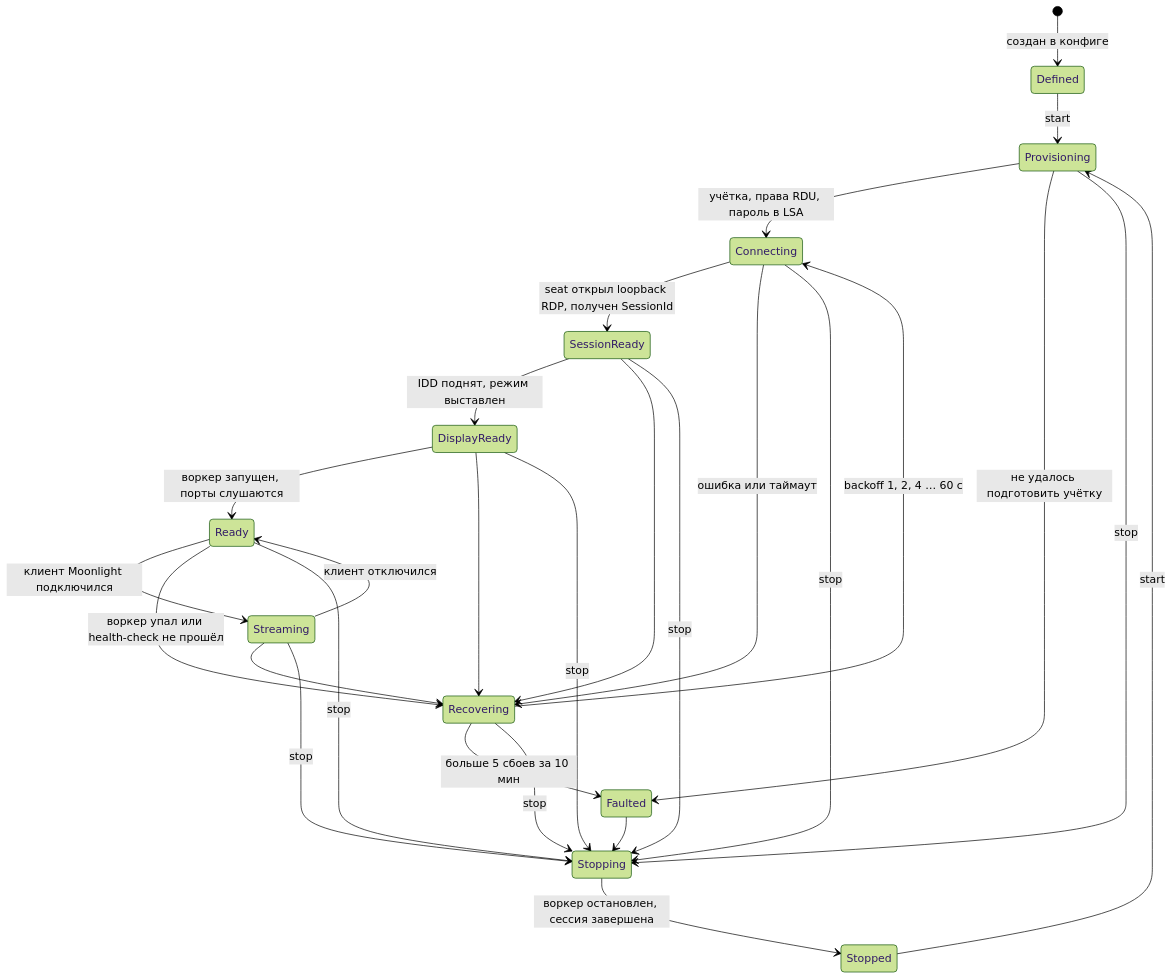
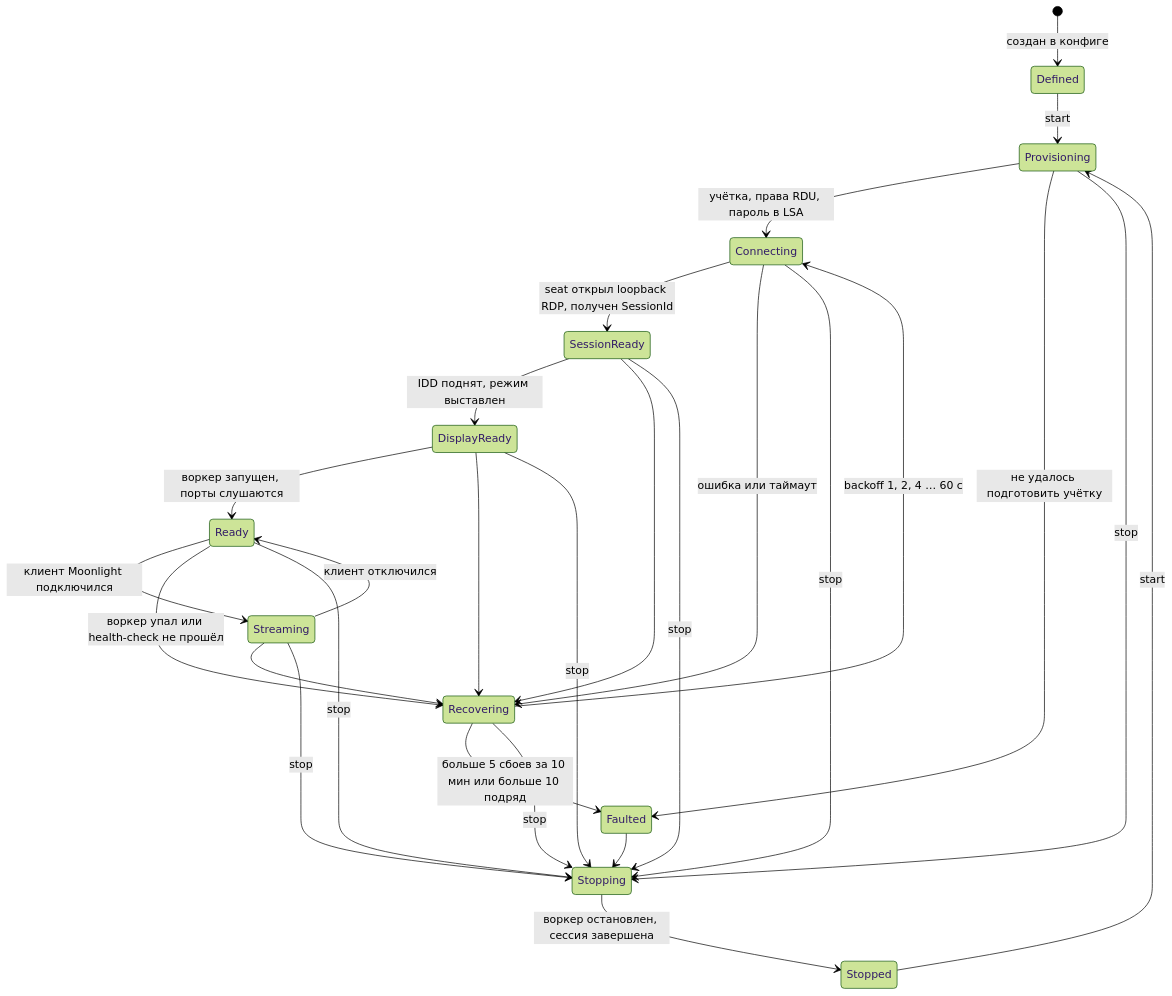
One commit to echojson7/SplitPlay changed the second of 2 diagrams in docs/ARCHITECTURE.md. Above: the diagram before and after it, drawn with Mermaid (forest theme). The commit also changed other lines of this file and 67 other files, not shown here.

````diff
--- a/docs/ARCHITECTURE.md
+++ b/docs/ARCHITECTURE.md
@@ -81,29 +81,29 @@
 ```mermaid
 stateDiagram-v2
   [*] --> Defined: создан в конфиге
   Defined --> Provisioning: start
   Provisioning --> Connecting: учётка, права RDU, пароль в LSA
   Connecting --> SessionReady: seat открыл loopback RDP, получен SessionId
   SessionReady --> DisplayReady: IDD поднят, режим выставлен
   DisplayReady --> Ready: воркер запущен, порты слушаются
   Ready --> Streaming: клиент Moonlight подключился
   Streaming --> Ready: клиент отключился
   Connecting --> Recovering: ошибка или таймаут
   SessionReady --> Recovering
   DisplayReady --> Recovering
   Ready --> Recovering: воркер упал или health-check не прошёл
   Streaming --> Recovering
   Recovering --> Connecting: backoff 1, 2, 4 … 60 с
-  Recovering --> Faulted: больше 5 сбоев за 10 мин
+  Recovering --> Faulted: больше 5 сбоев за 10 мин или больше 10 подряд
   Provisioning --> Faulted: не удалось подготовить учётку
   Ready --> Stopping: stop
   Streaming --> Stopping: stop
   Provisioning --> Stopping: stop
   Connecting --> Stopping: stop
   SessionReady --> Stopping: stop
   DisplayReady --> Stopping: stop
   Recovering --> Stopping: stop
   Stopping --> Stopped: воркер остановлен, сессия завершена
   Faulted --> Stopping
   Stopped --> Provisioning: start
 ```
````
